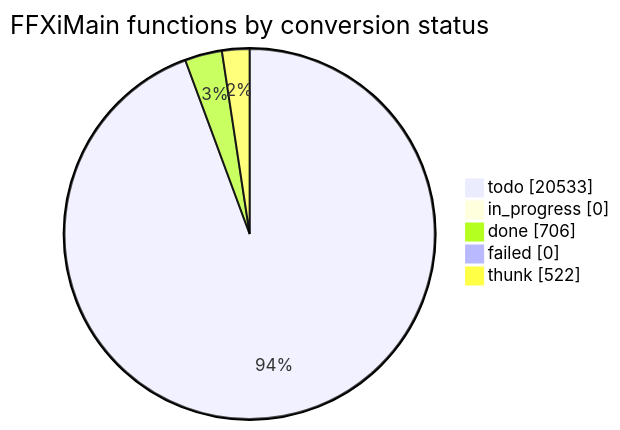
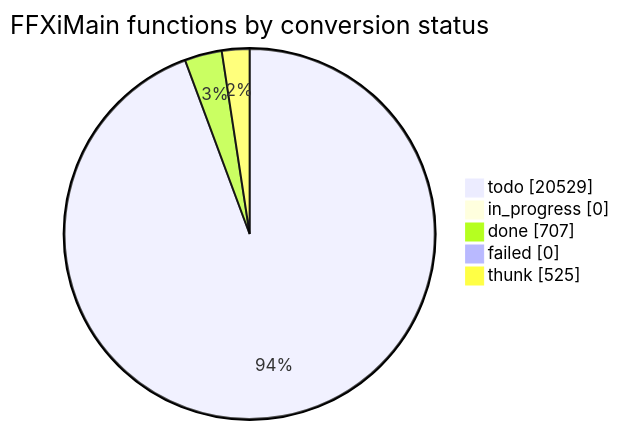
One commit to cowrevenge/cow_kuluu_xi_anything changed the diagram in docs/cow/STATUS.md. Above: the diagram before and after it, drawn with Mermaid. The commit also changed other lines of this file and 9 other files, not shown here.

````diff
--- a/docs/cow/STATUS.md
+++ b/docs/cow/STATUS.md
@@ -18,9 +18,9 @@
 ```mermaid
 pie showData
     title FFXiMain functions by conversion status
-    "todo" : 20533
+    "todo" : 20529
     "in_progress" : 0
-    "done" : 706
+    "done" : 707
     "failed" : 0
-    "thunk" : 522
+    "thunk" : 525
 ```
````
